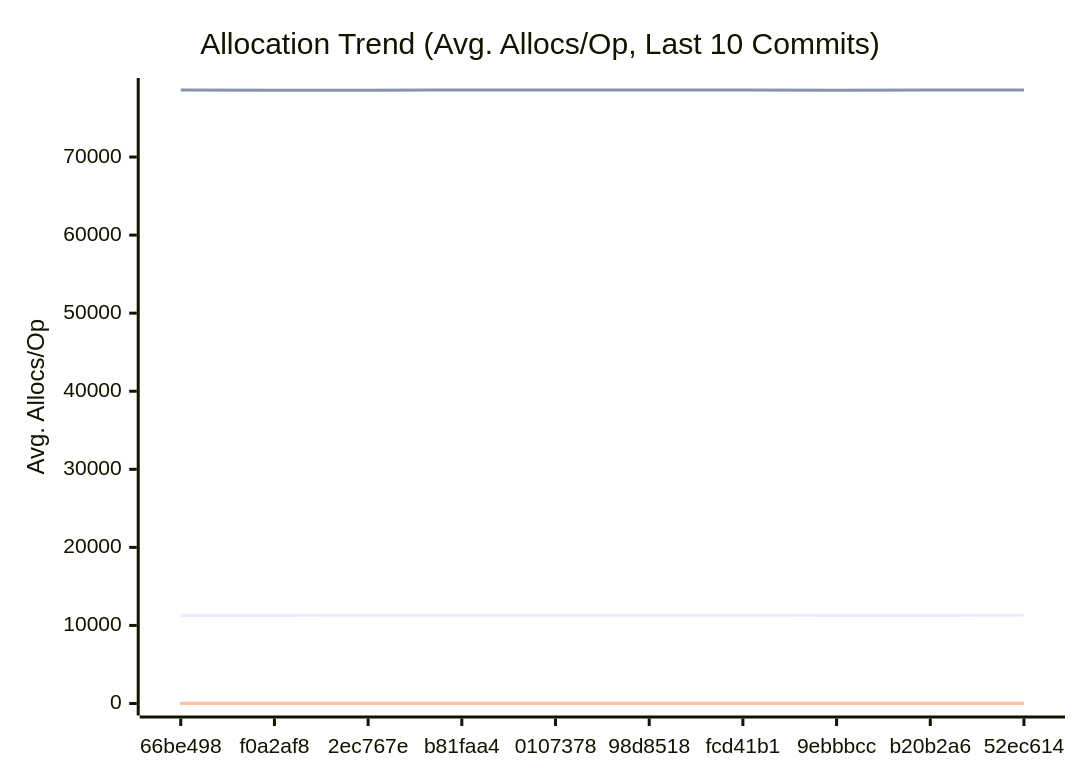
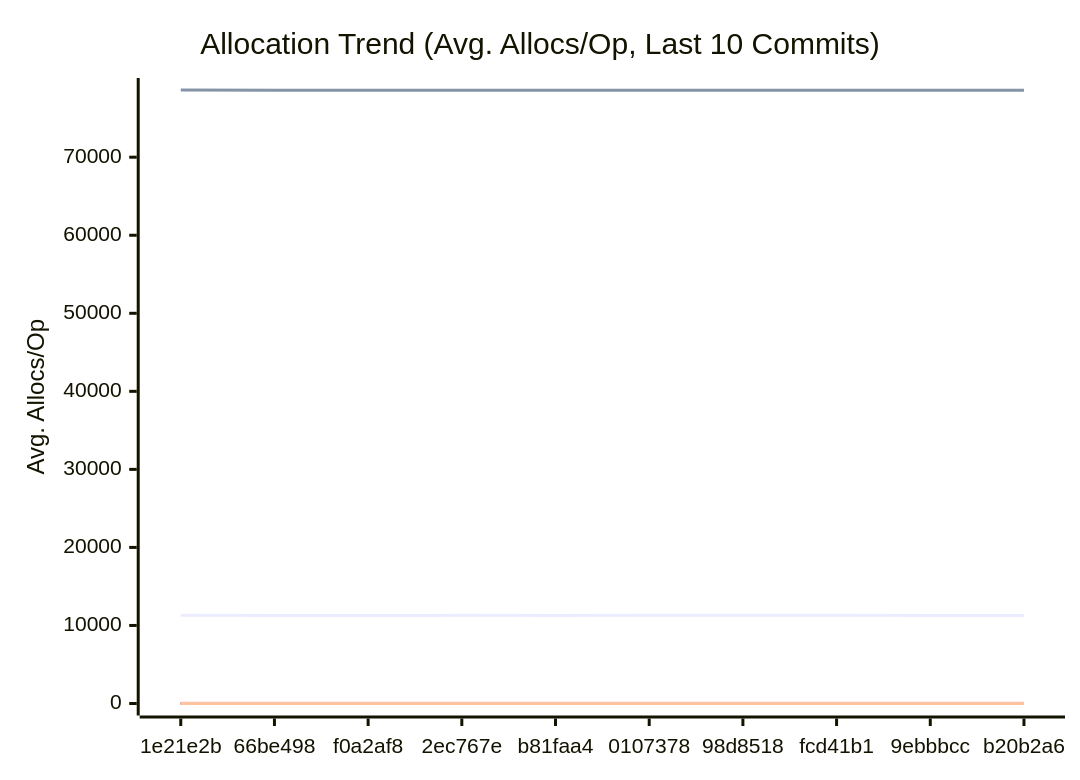
One commit to alsotoes/momo changed the third of 3 diagrams in docs/PERFORMANCE.md. Above: the diagram before and after it, drawn with Mermaid. The commit also changed other lines of this file and 1 other file, not shown here.

````diff
--- a/docs/PERFORMANCE.md
+++ b/docs/PERFORMANCE.md
@@ -197,20 +197,20 @@
 ```mermaid
 xychart-beta
     title "Allocation Trend (Avg. Allocs/Op, Last 10 Commits)"
     x-axis "Commit"
     y-axis "Avg. Allocs/Op"
-    x-axis [66be498,f0a2af8,2ec767e,b81faa4,0107378,98d8518,fcd41b1,9ebbbcc,b20b2a6,52ec614]
-    line "AWSChunkedReaderSigned" [11284,11279,11295,11290,11295,11316,11296,11282,11278,11299]
-    line "AWSChunkedReaderUnsigned" [78570,78565,78569,78578,78577,78586,78573,78566,78584,78579]
+    x-axis [1e21e2b,66be498,f0a2af8,2ec767e,b81faa4,0107378,98d8518,fcd41b1,9ebbbcc,b20b2a6]
+    line "AWSChunkedReaderSigned" [11320,11284,11279,11295,11290,11295,11316,11296,11282,11278]
+    line "AWSChunkedReaderUnsigned" [78612,78570,78565,78569,78578,78577,78586,78573,78566,78584]
     line "CheckMetricsAndSwap" [0,0,0,0,0,0,0,0,0,0]
     line "CrushOptimized" [0,0,0,0,0,0,0,0,0,0]
     line "CrushOriginal" [3,3,3,3,3,3,3,3,3,3]
     line "IndexDirectTracking" [0,0,0,0,0,0,0,0,0,0]
     line "IndexSearch" [0,0,0,0,0,0,0,0,0,0]
     line "LoadGlobalConfig" [46,46,46,46,46,46,46,46,46,46]
     line "PadString" [1,1,1,1,1,1,1,1,1,1]
     line "ParseReplicationOrder_NoPrealloc" [6,6,6,6,6,5,5,5,5,5]
     line "ParseReplicationOrder_Prealloc" [2,2,2,2,2,1,1,1,1,1]
     line "SanitizeLog/Safe" [0,0,0,0,0,0,0,0,0,0]
     line "SanitizeLog/Unsafe" [1,1,1,1,1,1,1,1,1,1]
 ```
````
